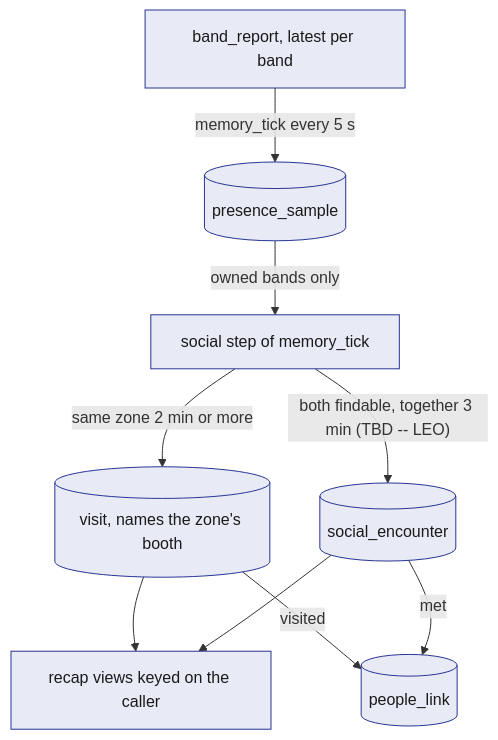
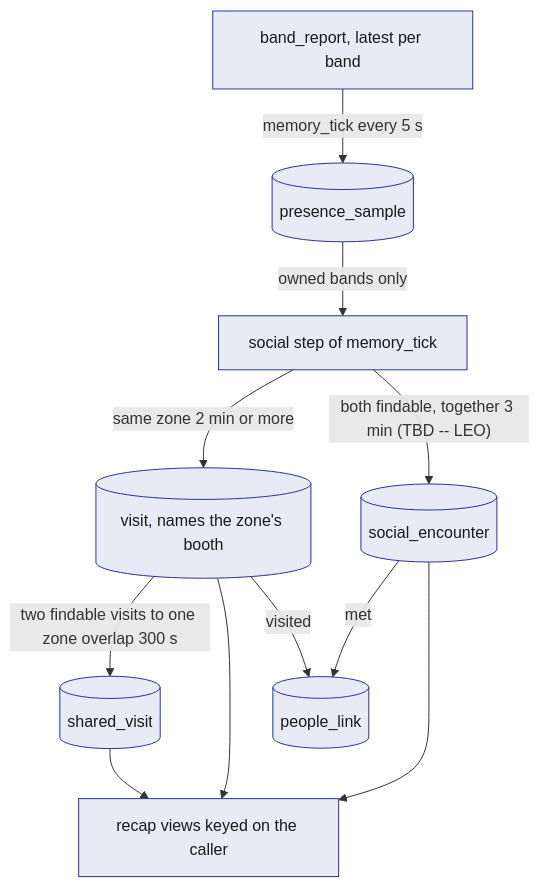
Before and after one commit to viktorinkov/cal-hacks-13: the first of 3 diagrams in System Design/6-features/Social.md, drawn with Mermaid. The commit also changed other lines of this file and 19 other files, not shown here.

````diff
--- a/System Design/6-features/Social.md
+++ b/System Design/6-features/Social.md
@@ -54,13 +55,15 @@
 ```mermaid
 flowchart TD
     BR["band_report, latest per band"] -->|"memory_tick every 5 s"| PS[("presence_sample")]
     PS -->|"owned bands only"| ST["social step of memory_tick"]
     ST -->|"same zone 2 min or more"| V[("visit, names the zone's booth")]
     ST -->|"both findable, together 3 min (TBD -- LEO)"| E[("social_encounter")]
+    V -->|"two findable visits to one zone overlap 300 s"| SV[("shared_visit")]
     V --> SUM["recap views keyed on the caller"]
+    SV --> SUM
     V -->|"visited"| PL[("people_link")]
     E -->|"met"| PL
     E --> SUM
     classDef stdb fill:#E8EAF6,stroke:#283593,color:#1A1A1A
-    class BR,PS,ST,V,E,PL,SUM stdb
+    class BR,PS,ST,V,E,SV,PL,SUM stdb
 ```
````
